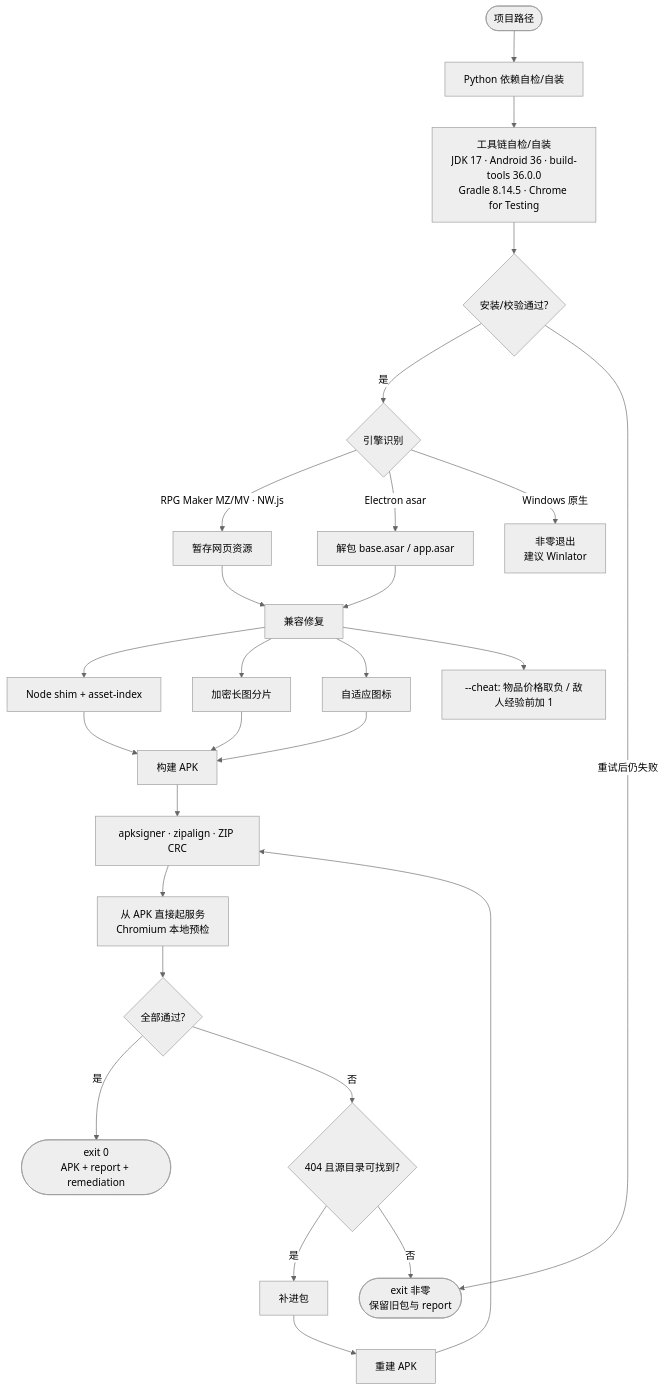
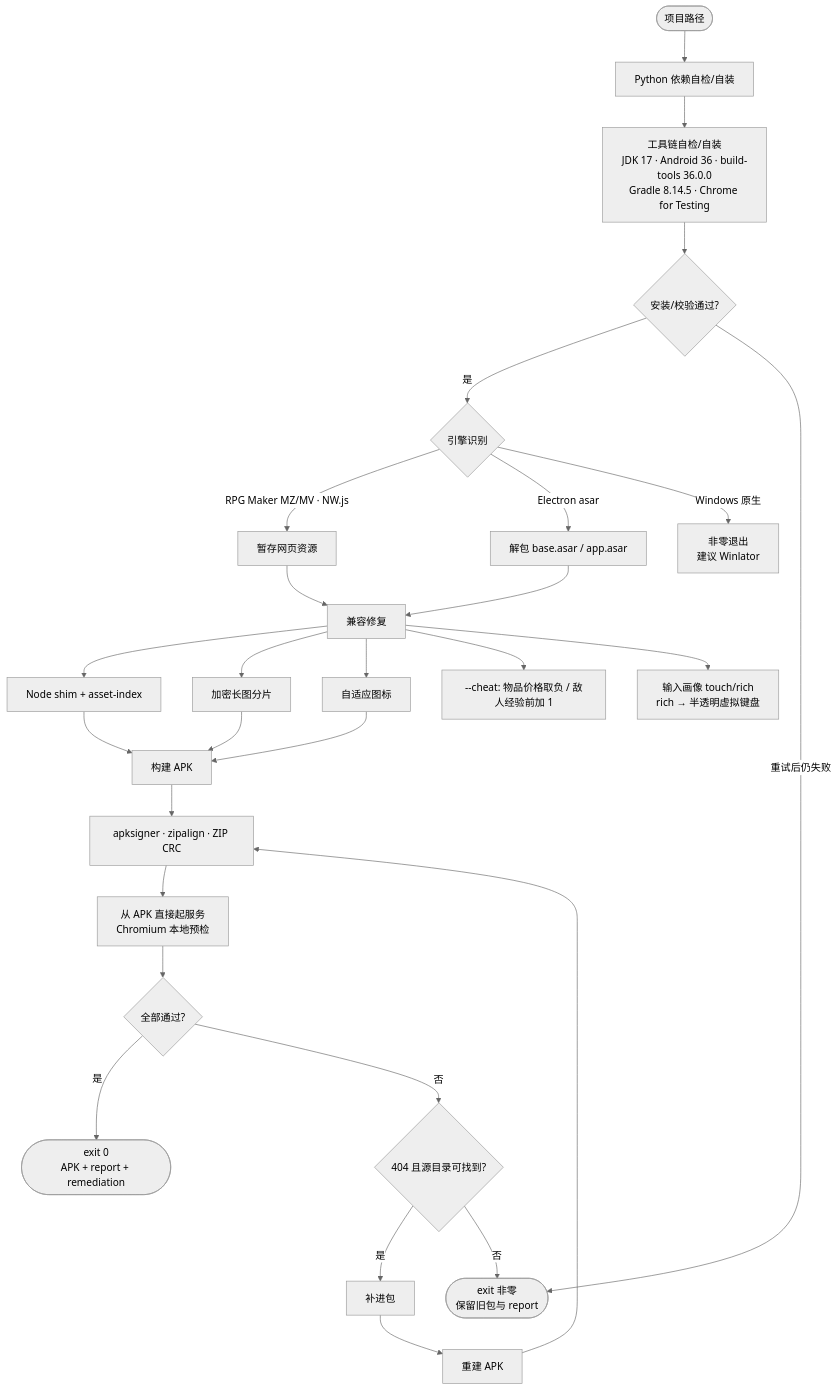
One commit to SpellingDragon/pc2android changed the diagram in README.md. Above: the diagram before and after it, drawn with Mermaid (neutral theme). The commit also changed other lines of this file and 3 other files, not shown here.

````diff
--- a/README.md
+++ b/README.md
@@ -51,29 +51,30 @@
 ```mermaid
 flowchart TD
     A(["项目路径"]) --> B["Python 依赖自检/自装"]
     B --> C["工具链自检/自装<br/>JDK 17 · Android 36 · build-tools 36.0.0<br/>Gradle 8.14.5 · Chrome for Testing"]
     C --> C1{"安装/校验通过?"}
     C1 -->|"是"| D{"引擎识别"}
     C1 -->|"重试后仍失败"| Z(["exit 非零<br/>保留旧包与 report"])
     D -->|"RPG Maker MZ/MV · NW.js"| E["暂存网页资源"]
     D -->|"Electron asar"| F["解包 base.asar / app.asar"]
     D -->|"Windows 原生"| X["非零退出<br/>建议 Winlator"]
     E --> G["兼容修复"]
     F --> G
     G --> G1["Node shim + asset-index"]
     G --> G2["加密长图分片"]
     G --> G3["自适应图标"]
     G --> G4["--cheat: 物品价格取负 / 敌人经验前加 1"]
+    G --> G5["输入画像 touch/rich<br/>rich → 半透明虚拟键盘"]
     G1 --> H["构建 APK"]
     G2 --> H
     G3 --> H
     H --> I["apksigner · zipalign · ZIP CRC"]
     I --> J["从 APK 直接起服务<br/>Chromium 本地预检"]
     J --> K{"全部通过?"}
     K -->|"是"| L(["exit 0<br/>APK + report + remediation"])
     K -->|"否"| M{"404 且源目录可找到?"}
     M -->|"是"| O["补进包"]
     M -->|"否"| Z
     O --> P["重建 APK"]
     P --> I
 ```
````
